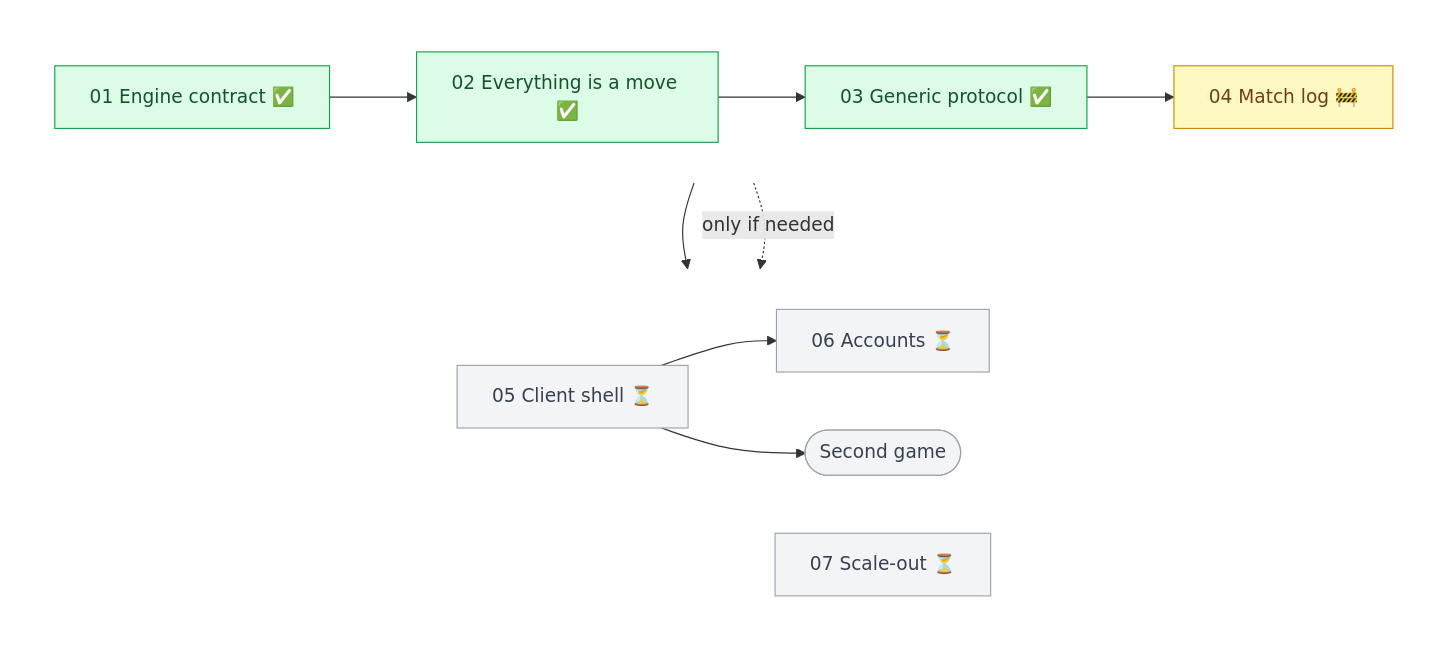
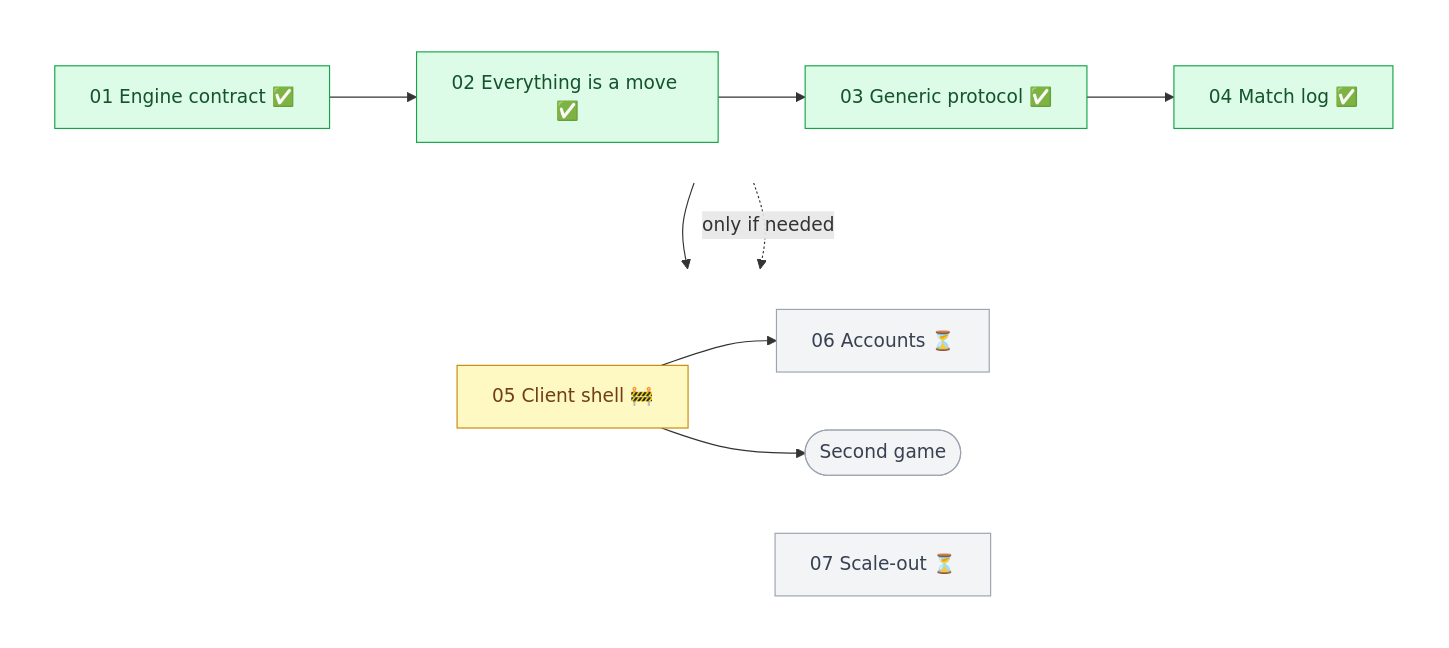
Before and after one commit to thawmisntme4081/boardgame: the second of 2 diagrams in docs/PLAN.md, drawn with Mermaid. The commit also changed other lines of this file and 15 other files, not shown here.

````diff
--- a/docs/PLAN.md
+++ b/docs/PLAN.md
@@ -55,25 +55,25 @@
 ```mermaid
 flowchart TB
   subgraph R1[" "]
     direction LR
     P1[01 Engine contract ✅] --> P2[02 Everything is a move ✅]
     P2 --> P3[03 Generic protocol ✅]
-    P3 --> P4[04 Match log 🚧]
+    P3 --> P4[04 Match log ✅]
   end
   subgraph R2[" "]
     direction LR
-    P5[05 Client shell ⏳] --> P6[06 Accounts ⏳]
+    P5[05 Client shell 🚧] --> P6[06 Accounts ⏳]
     P5 --> G2([Second game])
     P7[07 Scale-out ⏳]
   end
   P4 --> P5
   P4 -.->|only if needed| P7
   style R1 fill:none,stroke:none
   style R2 fill:none,stroke:none
   classDef done fill:#dcfce7,stroke:#16a34a,color:#14532d
   classDef doing fill:#fef9c3,stroke:#ca8a04,color:#713f12
   classDef todo fill:#f3f4f6,stroke:#9ca3af,color:#374151
-  class P1,P2,P3 done
-  class P4 doing
-  class P5,P6,P7,G2 todo
+  class P1,P2,P3,P4 done
+  class P5 doing
+  class P6,P7,G2 todo
 ```
````
